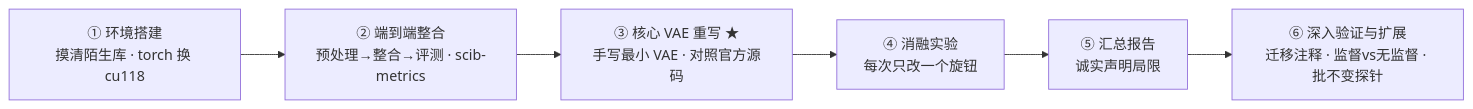
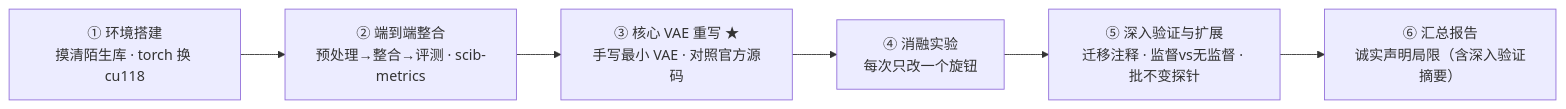
Before and after one commit to HEIMA-programmer/bio: the third of 3 diagrams in reports/00_overview_and_learning_map.md, drawn with Mermaid. The commit also changed other lines of this file and 24 other files, not shown here.

````diff
--- a/reports/00_overview_and_learning_map.md
+++ b/reports/00_overview_and_learning_map.md
@@ -134,8 +134,8 @@
 ```mermaid
 flowchart LR
     S1["① 环境搭建<br/>摸清陌生库 · torch 换 cu118"] --> S2["② 端到端整合<br/>预处理→整合→评测 · scib-metrics"]
     S2 --> S3["③ 核心 VAE 重写 ★<br/>手写最小 VAE · 对照官方源码"]
     S3 --> S4["④ 消融实验<br/>每次只改一个旋钮"]
-    S4 --> S5["⑤ 汇总报告<br/>诚实声明局限"]
-    S5 --> S6["⑥ 深入验证与扩展<br/>迁移注释 · 监督vs无监督 · 批不变探针"]
+    S4 --> S5["⑤ 深入验证与扩展<br/>迁移注释 · 监督vs无监督 · 批不变探针"]
+    S5 --> S6["⑥ 汇总报告<br/>诚实声明局限（含深入验证摘要）"]
 ```
````
